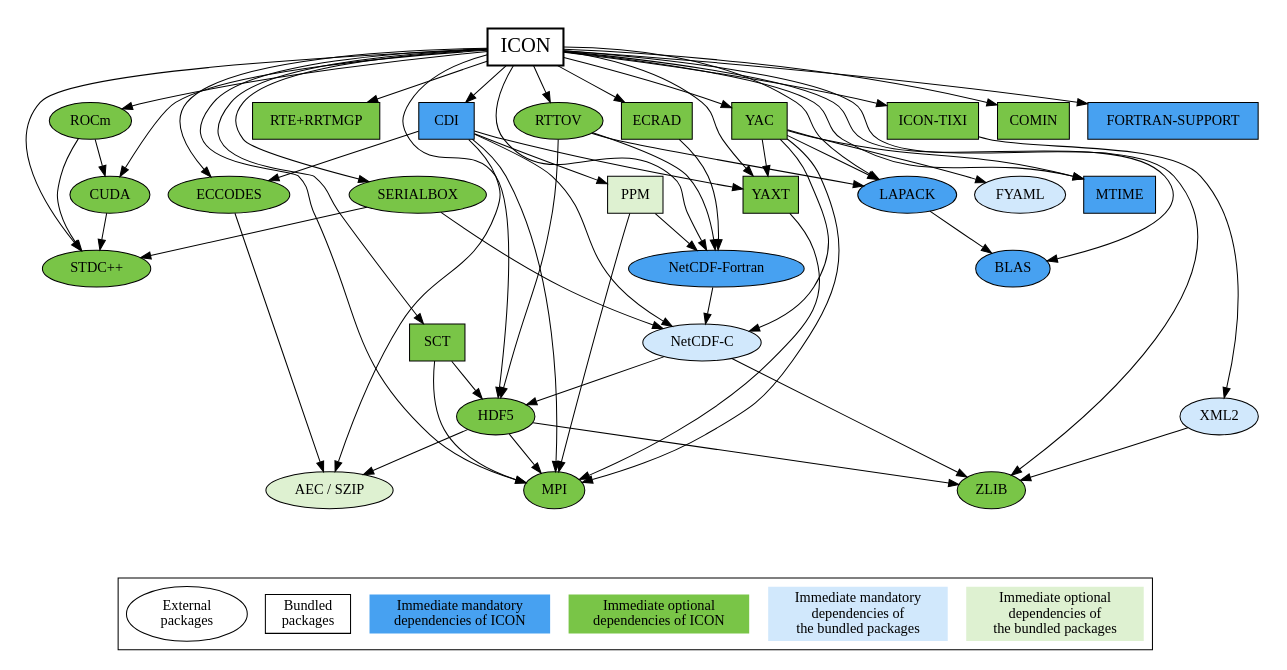
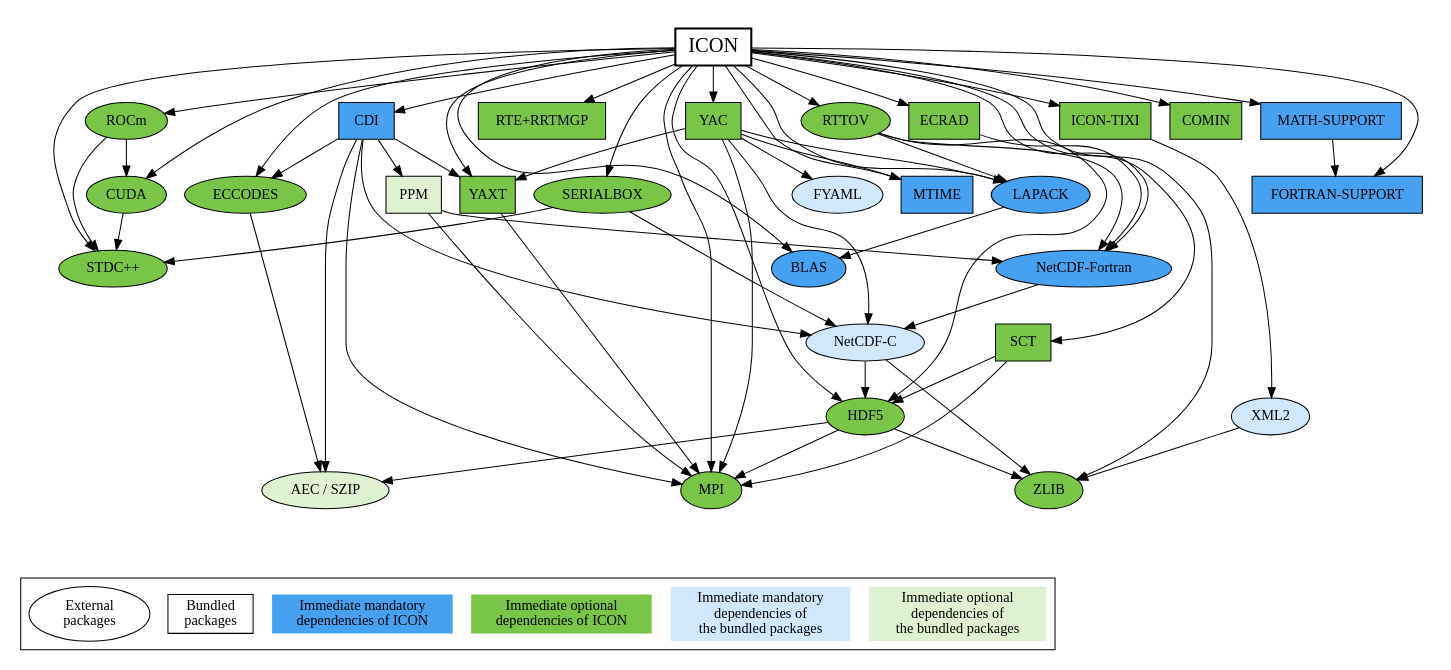
Before and after one commit to leuty/icon-model: the diagram in doc/config/icon-config-doc-depgraph.dot, drawn with Graphviz. The commit also changed 40 other files, not shown here.

First line of the commit message:
[mpim] Creating the math-support library and adding it to ICON

```diff
--- a/doc/config/icon-config-doc-depgraph.dot
+++ b/doc/config/icon-config-doc-depgraph.dot
@@ -1,119 +1,122 @@
 // ICON
 //
 // ---------------------------------------------------------------
 // Copyright (C) 2004-2024, DWD, MPI-M, DKRZ, KIT, ETH, MeteoSwiss
 // Contact information: icon-model.org
 // See AUTHORS.TXT for a list of authors
 // See LICENSES/ for license information
 // SPDX-License-Identifier: BSD-3-Clause
 // ---------------------------------------------------------------
 
 digraph ICON {
 
 	node [style=filled; shape=oval; fillcolor="#79C547"];
 
 	subgraph clusterMain {
 
 		graph [peripheries=0];
 
 		"ICON" [shape=box; fillcolor=white; fontsize=20; penwidth=2.0];
 		"ICON" -> {"STDC++"; "CUDA"; "ROCm"; "MPI"; "ZLIB"; "HDF5";
 			       "NetCDF-Fortran"; "RTE+RRTMGP"; "ECRAD"; "BLAS";
 			       "LAPACK"; "RTTOV"; "SCT"; "YAXT"; "ECCODES";
 			       "CDI"; "SERIALBOX"; "MTIME"; "YAC"; "ICON-TIXI";
-			       "COMIN"; "FORTRAN-SUPPORT"};
+			       "COMIN"; "FORTRAN-SUPPORT"; "MATH-SUPPORT"};
 
 		"STDC++";
 
 		"CUDA";
 		"CUDA" -> {"STDC++"};
 
 		"ROCm";
 		"ROCm" -> {"STDC++"; "CUDA"};
 
 		"MPI";
 
 		"ZLIB";
 
 		"HDF5";
 		"HDF5" -> {"MPI"; "ZLIB"; "AEC / SZIP"};
 
 		"NetCDF-Fortran" [shape=oval; fillcolor="#47A1F1"]
 		"NetCDF-Fortran" -> {"NetCDF-C"};
 
 		"RTE+RRTMGP" [shape=box];
 
 		"ECRAD" [shape=box];
 		"ECRAD" -> {"NetCDF-Fortran"};
 
 		"BLAS" [fillcolor="#47A1F1"];
 
 		"LAPACK" [fillcolor="#47A1F1"];
 		"LAPACK" -> {"BLAS"};
 
 		"RTTOV";
 		"RTTOV" -> {"HDF5"; "NetCDF-Fortran"; "LAPACK"};
 
 		"SCT" [shape=box];
 		"SCT" -> {"MPI"; "HDF5"};
 
 		"YAXT" [shape=box];
 		"YAXT" -> {"MPI"};
 
 		"ECCODES";
 		"ECCODES" -> {"AEC / SZIP"};
 
 		"CDI" [shape=box; fillcolor="#47A1F1"];
 		"CDI" -> {"MPI"; "YAXT"; "ECCODES"; "AEC / SZIP"; "NetCDF-C"; "PPM"};
 
 		"SERIALBOX";
 		"SERIALBOX" -> {"STDC++"; "NetCDF-C"};
 
 		"MTIME" [shape=box; fillcolor="#47A1F1"];
 
 		"YAC" [shape=box];
 		"YAC" -> {"MPI"; "LAPACK"; "YAXT"; "MTIME"; "NetCDF-C"; "FYAML"};
 
 		"ICON-TIXI" [shape=box];
 		"ICON-TIXI" -> {"XML2"};
 
 		"COMIN" [shape=box];
 
 		"FORTRAN-SUPPORT" [shape=box; fillcolor="#47A1F1"];
 
+		"MATH-SUPPORT" [shape=box; fillcolor="#47A1F1"];
+		"MATH-SUPPORT" -> {"FORTRAN-SUPPORT"};
+
 		"AEC / SZIP" [fillcolor="#DEF1D1"];
 		"AEC / SZIP";
 
 		"NetCDF-C" [fillcolor="#D1E8FC"];
 		"NetCDF-C" -> {"ZLIB"; "HDF5"};
 
 		"PPM" [shape=box; fillcolor="#DEF1D1"];
 		"PPM" -> {"MPI"; "NetCDF-Fortran"};
 
 		"FYAML" [fillcolor="#D1E8FC"];
 		"FYAML";
 
 		"XML2" [fillcolor="#D1E8FC"];
 		"XML2" -> {"ZLIB"};
 
 		{
 			rank=sink;
 			bottomNode [shape=point; style=invis];
 		}
 	}
 
 	subgraph clusterLegend {
 		{
 			rank=same;
 			external -> bundled -> mandatoryIcon -> optionalIcon -> mandatoryBundled -> optionalBundled [style=invis];
 			external [label="External\npackages"; fillcolor=white];
 			bundled [label="Bundled\npackages"; shape=box; fillcolor=white];
 			mandatoryIcon [label="Immediate mandatory\ndependencies of ICON"; shape=plaintext; fillcolor="#47A1F1"];
 			optionalIcon [label="Immediate optional\ndependencies of ICON"; shape=plaintext];
 			mandatoryBundled [label="Immediate mandatory\ndependencies of\nthe bundled packages"; shape=plaintext; fillcolor="#D1E8FC"];
 			optionalBundled [label="Immediate optional\ndependencies of\nthe bundled packages"; shape=plaintext; fillcolor="#DEF1D1"];
 		}
 	}
 
 	bottomNode -> external:nw [style=invis];
 }
```
